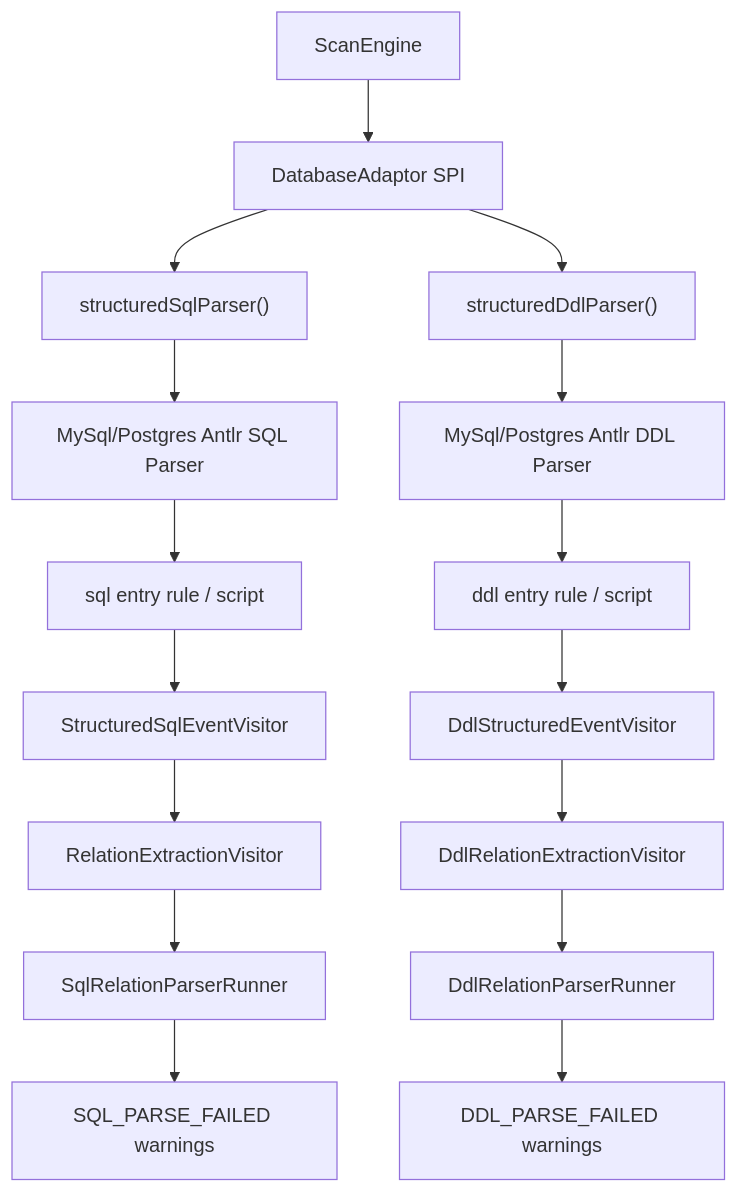
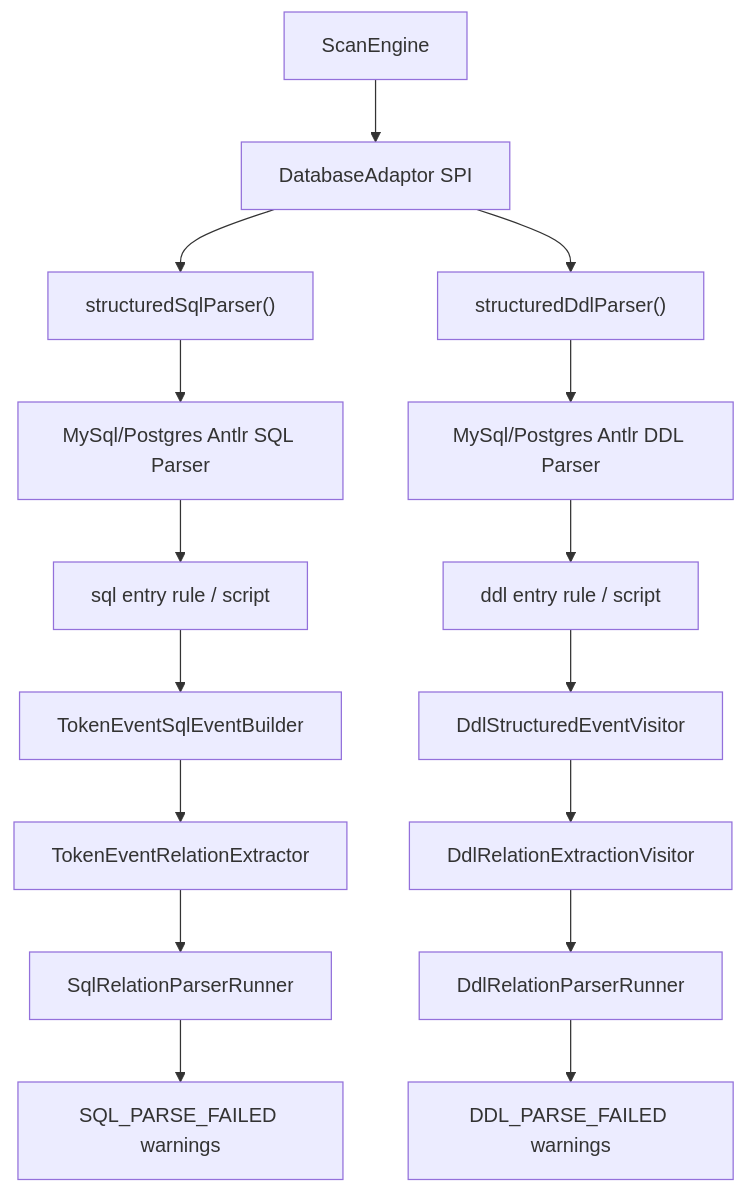
The diagram in docs/design/phase-06-parser-enhancement.md (xiaoguang/relation-detector), drawn with Mermaid before and after one commit. The commit also changed other lines of this file and 311 other files, not shown here.

````diff
--- a/docs/design/phase-06-parser-enhancement.md
+++ b/docs/design/phase-06-parser-enhancement.md
@@ -179,35 +194,35 @@
 ```mermaid
 flowchart TD
   scan["ScanEngine"]
   adaptor["DatabaseAdaptor SPI"]
   sqlSpi["structuredSqlParser()"]
   ddlSpi["structuredDdlParser()"]
   sqlParser["MySql/Postgres Antlr SQL Parser"]
   ddlParser["MySql/Postgres Antlr DDL Parser"]
   sqlEntry["sql entry rule / script"]
   ddlEntry["ddl entry rule / script"]
-  sqlEvents["StructuredSqlEventVisitor"]
+  sqlEvents["TokenEventSqlEventBuilder"]
   ddlEvents["DdlStructuredEventVisitor"]
-  sqlRelations["RelationExtractionVisitor"]
+  sqlRelations["TokenEventRelationExtractor"]
   ddlRelations["DdlRelationExtractionVisitor"]
   sqlRunner["SqlRelationParserRunner"]
   ddlRunner["DdlRelationParserRunner"]
   sqlDiag["SQL_PARSE_FAILED warnings"]
   ddlDiag["DDL_PARSE_FAILED warnings"]
 
   scan --> adaptor
   adaptor --> sqlSpi
   adaptor --> ddlSpi
   sqlSpi --> sqlParser
   ddlSpi --> ddlParser
   sqlParser --> sqlEntry
   ddlParser --> ddlEntry
   sqlEntry --> sqlEvents
   ddlEntry --> ddlEvents
   sqlEvents --> sqlRelations
   ddlEvents --> ddlRelations
   sqlRelations --> sqlRunner
   ddlRelations --> ddlRunner
   sqlRunner --> sqlDiag
   ddlRunner --> ddlDiag
 ```
````
